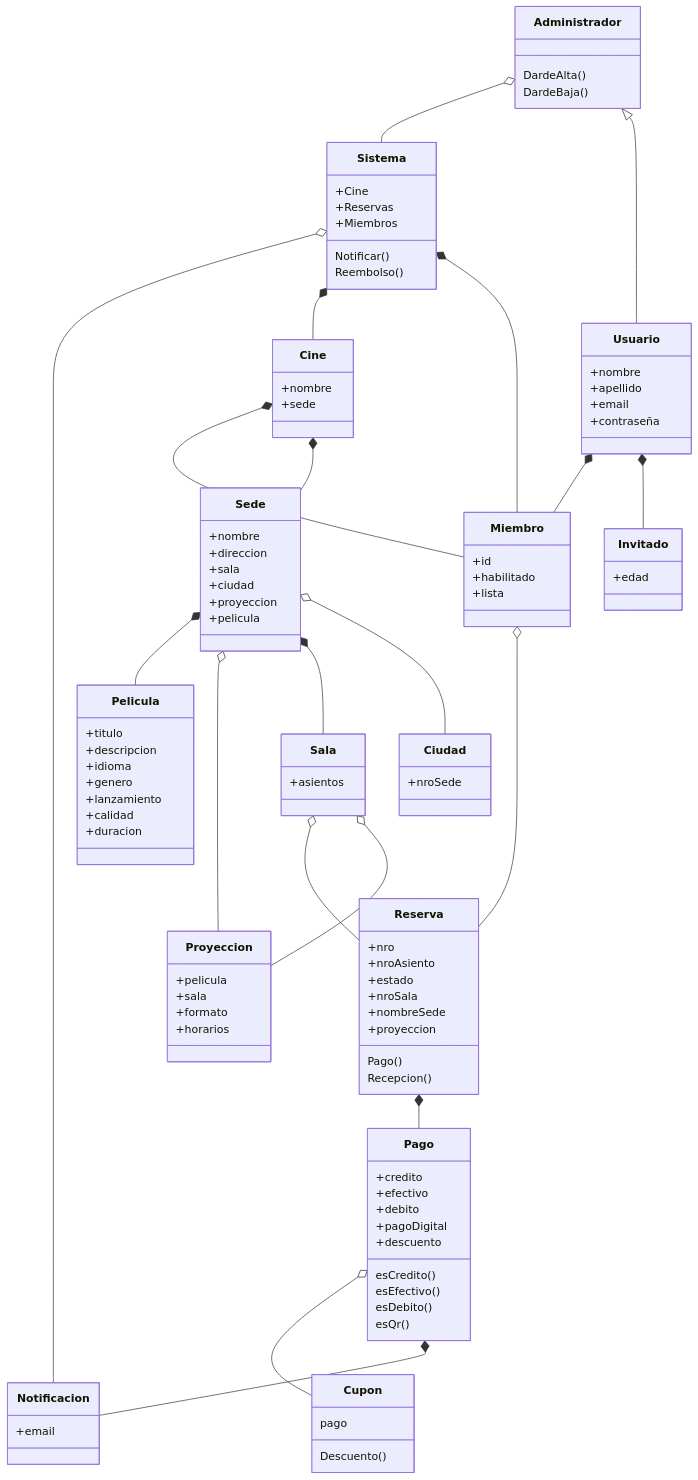
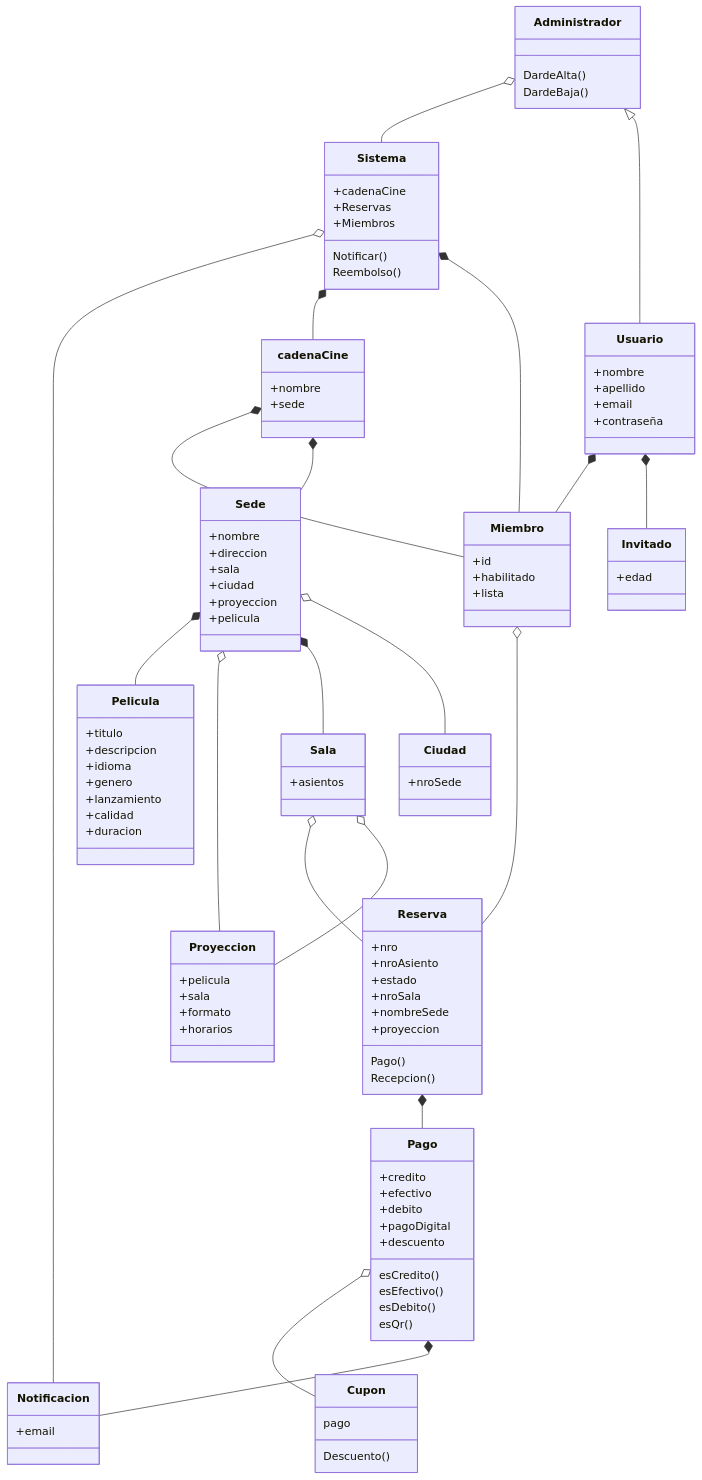
Before and after one commit to quirogapabon11/Cine: the diagram in doc/diagrama.mmd, drawn with Mermaid. The commit also changed 9 other files, not shown here.

```diff
--- a/doc/diagrama.mmd
+++ b/doc/diagrama.mmd
@@ -1,121 +1,121 @@
 classDiagram
 
 class Miembro
 Miembro: +id
 Miembro: +habilitado
 Miembro: +lista  
 
 Miembro o-- Reserva
 Reserva *-- Pago
 
 class Usuario
 Usuario: +nombre
 Usuario: +apellido
 Usuario: +email
 Usuario: +contraseña
 Usuario *-- Miembro
 Usuario *-- Invitado
 
 class Invitado
 Invitado: +edad
 
-class Cine
-Cine: +nombre
-Cine: +sede
+class cadenaCine
+cadenaCine: +nombre
+cadenaCine: +sede
 
 Sede *-- Pelicula
-Cine *-- Miembro
+cadenaCine *-- Miembro
 
 class Sede
 Sede: +nombre
 Sede: +direccion
 Sede: +sala
 Sede: +ciudad
 Sede: +proyeccion
 Sede: +pelicula
-Cine *-- Sede
+cadenaCine *-- Sede
 
 
 class Ciudad
 Ciudad: +nroSede
 
 class Pelicula 
 Pelicula: +titulo
 Pelicula: +descripcion
 Pelicula: +idioma
 Pelicula: +genero
 Pelicula: +lanzamiento
 Pelicula: +calidad
 Pelicula: +duracion
 
 
 
 Sede o-- Proyeccion
 
 Sede *-- Sala
 
 Sala o-- Reserva
 Sala o-- Proyeccion
 Sede o-- Ciudad
 
 class Proyeccion
 Proyeccion: +pelicula
 Proyeccion: +sala
 Proyeccion: +formato
 Proyeccion: +horarios
 
 class Sala
 Sala: +asientos
 
 
 
 
 class Reserva
 Reserva: +nro
 Reserva: +nroAsiento
 Reserva: +estado
 Reserva: +nroSala
 Reserva: +nombreSede
 Reserva: +proyeccion
 Reserva: Pago()
 Reserva: Recepcion()
 
 class Sistema
 Sistema: Notificar()
-Sistema: +Cine
+Sistema: +cadenaCine
 Sistema: +Reservas
 Sistema: +Miembros
 Sistema: Reembolso()
 
 Sistema o-- Notificacion
-Sistema *-- Cine
+Sistema *-- cadenaCine
 Sistema *-- Miembro
 
 class Pago
 Pago: +credito
 Pago: +efectivo
 Pago: +debito
 Pago: +pagoDigital
 Pago: +descuento
 Pago: esCredito() 
 Pago: esEfectivo()
 Pago: esDebito()
 Pago: esQr()
 
 
 class Cupon
 Cupon: Descuento()
 Cupon: pago
 Pago o-- Cupon
 
 
 Pago *-- Notificacion
 
 class Notificacion
 Notificacion: +email
 
 class Administrador
 Administrador: DardeAlta()
 Administrador: DardeBaja()
 Administrador o-- Sistema
 Administrador <|-- Usuario
```
